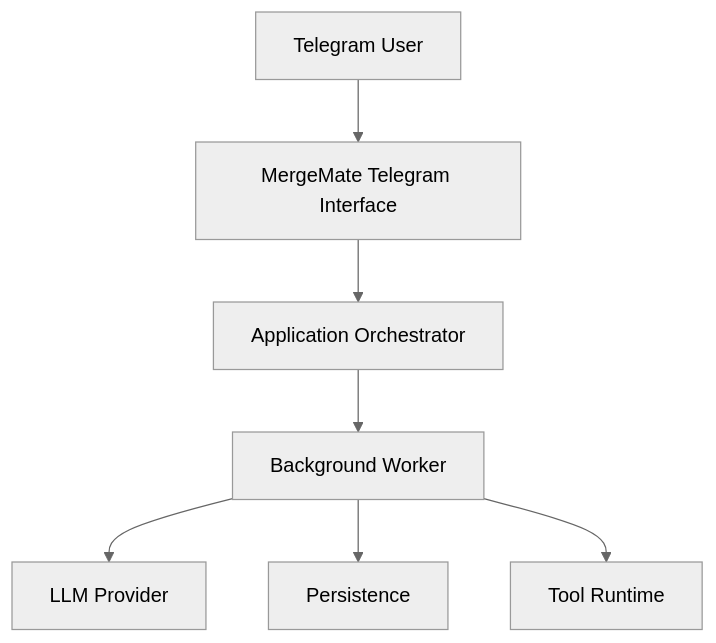
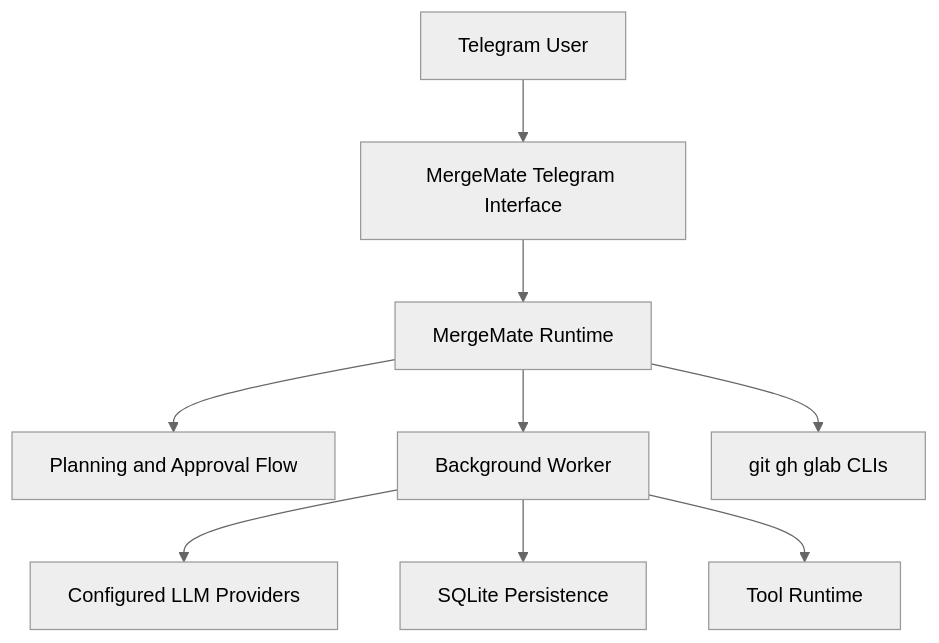
The diagram in docs/diagrams/system-context.mmd (djwinter29-oss/MergeMate), drawn with Mermaid (neutral theme) before and after one commit. The commit also changed 58 other files, not shown here.

```diff
--- a/docs/diagrams/system-context.mmd
+++ b/docs/diagrams/system-context.mmd
@@ -1,7 +1,9 @@
 graph TD
     User[Telegram User] --> Bot[MergeMate Telegram Interface]
-    Bot --> Orchestrator[Application Orchestrator]
-    Orchestrator --> Worker[Background Worker]
-    Worker --> Provider[LLM Provider]
-    Worker --> Store[Persistence]
+    Bot --> Runtime[MergeMate Runtime]
+    Runtime --> Planner[Planning and Approval Flow]
+    Runtime --> Worker[Background Worker]
+    Worker --> Provider[Configured LLM Providers]
+    Worker --> Store[SQLite Persistence]
     Worker --> Tools[Tool Runtime]
+    Runtime --> Scm[git gh glab CLIs]
```
